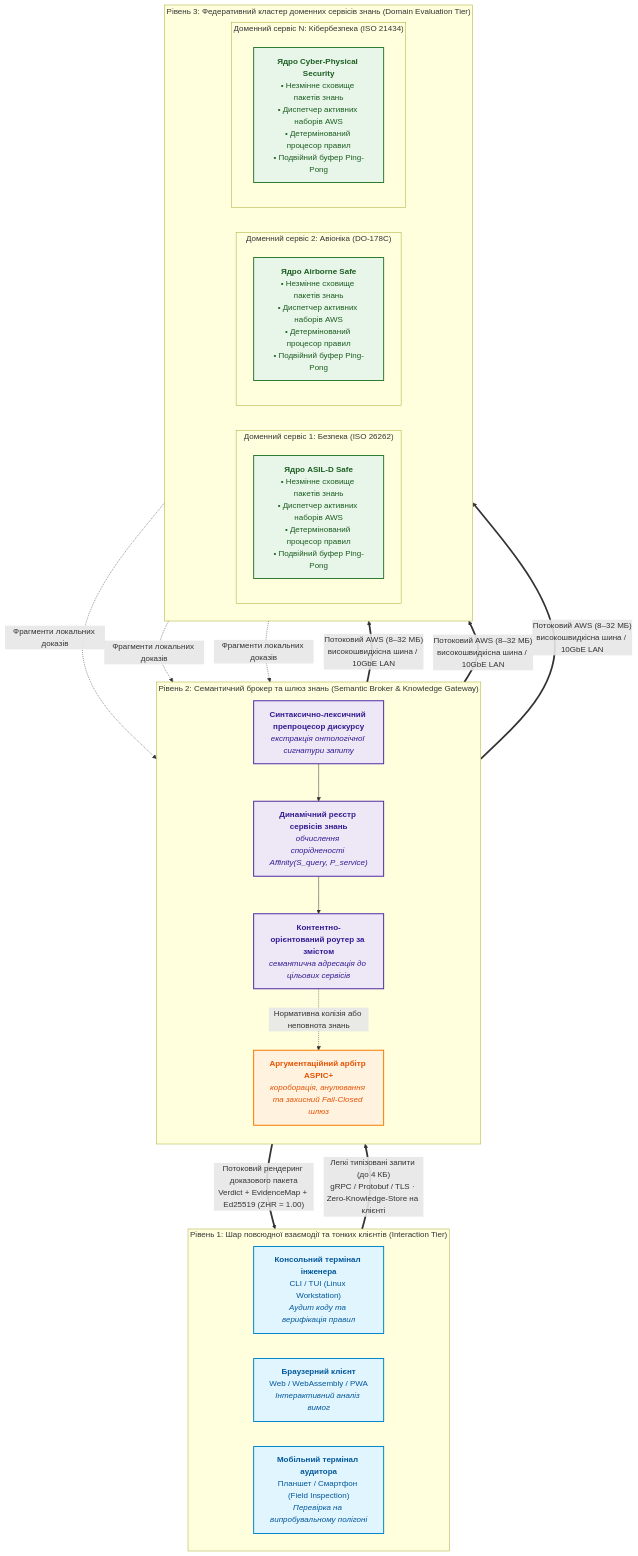
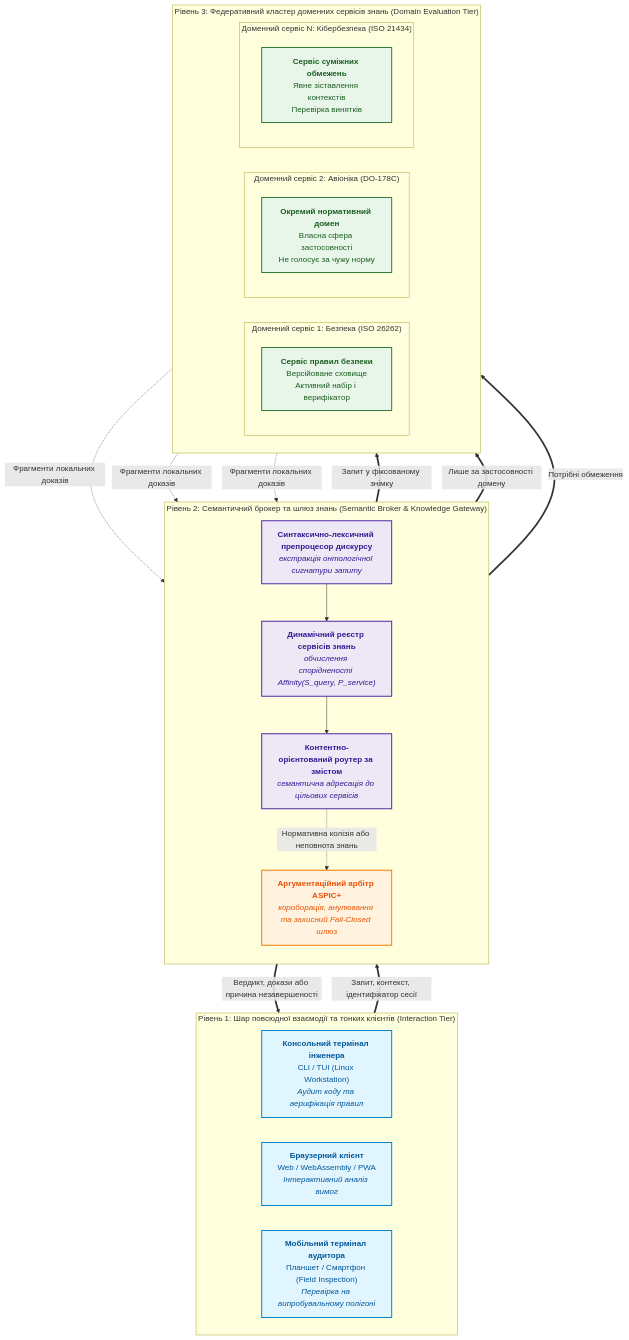
One commit to nick-fedchik/articles changed the first of 6 diagrams in ExpertSystem/ch40-distributed-epistemic-architectures-soa-and-cluster-scaling.md. Above: the diagram before and after it, drawn with Mermaid. The commit also changed other lines of this file and 7 other files, not shown here.

````diff
--- a/ExpertSystem/ch40-distributed-epistemic-architectures-soa-and-cluster-scaling.md
+++ b/ExpertSystem/ch40-distributed-epistemic-architectures-soa-and-cluster-scaling.md
@@ -35,57 +39,57 @@
 ```mermaid
 flowchart TD
     accTitle: Референсний архітектурний прототип розподіленої експертної системи
     accDescr: Триланкова архітектура Epistemic SOA із тонким клієнтом, семантичним брокером та федеративним кластером доменних сервісів знань.
 
     subgraph TIER1["Рівень 1: Шар повсюдної взаємодії та тонких клієнтів (Interaction Tier)"]
         direction LR
         CLI["<b>Консольний термінал інженера</b><br>CLI / TUI (Linux Workstation)<br><i>Аудит коду та верифікація правил</i>"]
         WEB["<b>Браузерний клієнт</b><br>Web / WebAssembly / PWA<br><i>Інтерактивний аналіз вимог</i>"]
         MOB["<b>Мобільний термінал аудитора</b><br>Планшет / Смартфон (Field Inspection)<br><i>Перевірка на випробувальному полігоні</i>"]
     end
 
     subgraph TIER2["Рівень 2: Семантичний брокер та шлюз знань (Semantic Broker & Knowledge Gateway)"]
         direction TB
         DISPATCHER["<b>Синтаксично-лексичний препроцесор дискурсу</b><br><i>екстракція онтологічної сигнатури запиту</i>"]
         REGISTRY["<b>Динамічний реєстр сервісів знань</b><br><i>обчислення спорідненості Affinity(S_query, P_service)</i>"]
         ROUTER["<b>Контентно-орієнтований роутер за змістом</b><br><i>семантична адресація до цільових сервісів</i>"]
         ARBITER["<b>Аргументаційний арбітр ASPIC+</b><br><i>короборація, анулювання та захисний Fail-Closed шлюз</i>"]
-        
+
         DISPATCHER --> REGISTRY --> ROUTER
         ROUTER -.->|Нормативна колізія або неповнота знань| ARBITER
     end
 
     subgraph TIER3["Рівень 3: Федеративний кластер доменних сервісів знань (Domain Evaluation Tier)"]
         direction LR
         subgraph DS1["Доменний сервіс 1: Безпека (ISO 26262)"]
-            DS1_CORE["<b>Ядро ASIL-D Safe</b><br>• Незмінне сховище пакетів знань<br>• Диспетчер активних наборів AWS<br>• Детермінований процесор правил<br>• Подвійний буфер Ping-Pong"]
+            DS1_CORE["<b>Сервіс правил безпеки</b><br>Версійоване сховище<br>Активний набір і верифікатор"]
         end
         subgraph DS2["Доменний сервіс 2: Авіоніка (DO-178C)"]
-            DS2_CORE["<b>Ядро Airborne Safe</b><br>• Незмінне сховище пакетів знань<br>• Диспетчер активних наборів AWS<br>• Детермінований процесор правил<br>• Подвійний буфер Ping-Pong"]
+            DS2_CORE["<b>Окремий нормативний домен</b><br>Власна сфера застосовності<br>Не голосує за чужу норму"]
         end
         subgraph DSN["Доменний сервіс N: Кібербезпека (ISO 21434)"]
-            DSN_CORE["<b>Ядро Cyber-Physical Security</b><br>• Незмінне сховище пакетів знань<br>• Диспетчер активних наборів AWS<br>• Детермінований процесор правил<br>• Подвійний буфер Ping-Pong"]
+            DSN_CORE["<b>Сервіс суміжних обмежень</b><br>Явне зіставлення контекстів<br>Перевірка винятків"]
         end
     end
 
-    TIER1 ==>|"Легкі типізовані запити (до 4 КБ)<br>gRPC / Protobuf / TLS · Zero-Knowledge-Store на клієнті"| TIER2
-    TIER2 ==>|"Потоковий рендеринг доказового пакета<br>Verdict + EvidenceMap + Ed25519 (ZHR = 1.00)"| TIER1
+   TIER1 ==>|"Запит, контекст, ідентифікатор сесії"| TIER2
+   TIER2 ==>|"Вердикт, докази або причина незавершеності"| TIER1
 
-    ROUTER ==>|"Потоковий AWS (8–32 МБ)<br>високошвидкісна шина / 10GbE LAN"| DS1
-    ROUTER ==>|"Потоковий AWS (8–32 МБ)<br>високошвидкісна шина / 10GbE LAN"| DS2
-    ROUTER ==>|"Потоковий AWS (8–32 МБ)<br>високошвидкісна шина / 10GbE LAN"| DSN
+   ROUTER ==>|"Запит у фіксованому знімку"| DS1
+   ROUTER ==>|"Лише за застосовності домену"| DS2
+   ROUTER ==>|"Потрібні обмеження"| DSN
 
     DS1 -.->|"Фрагменти локальних доказів"| ARBITER
     DS2 -.->|"Фрагменти локальних доказів"| ARBITER
     DSN -.->|"Фрагменти локальних доказів"| ARBITER
 
     classDef client fill:#e1f5fe,stroke:#0288d1,stroke-width:2px,color:#01579b;
     classDef broker fill:#ede7f6,stroke:#512da8,stroke-width:2px,color:#311b92;
     classDef domain fill:#e8f5e9,stroke:#2e7d32,stroke-width:2px,color:#1b5e20;
     classDef arbiter fill:#fff3e0,stroke:#f57c00,stroke-width:2px,color:#e65100;
 
     class CLI,WEB,MOB client;
     class DISPATCHER,REGISTRY,ROUTER broker;
     class DS1_CORE,DS2_CORE,DSN_CORE domain;
     class ARBITER arbiter;
 ```
````
